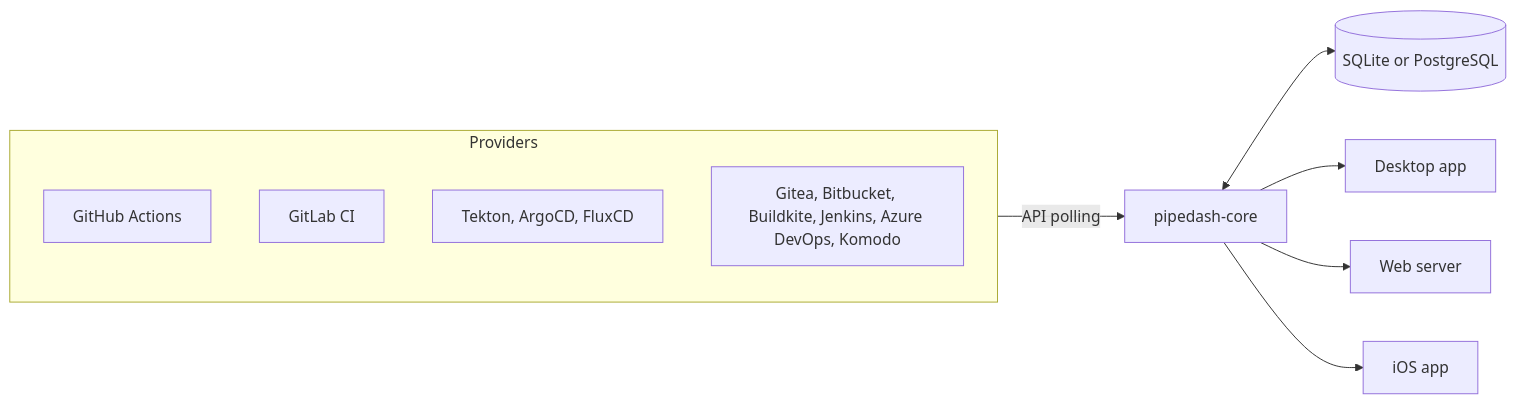
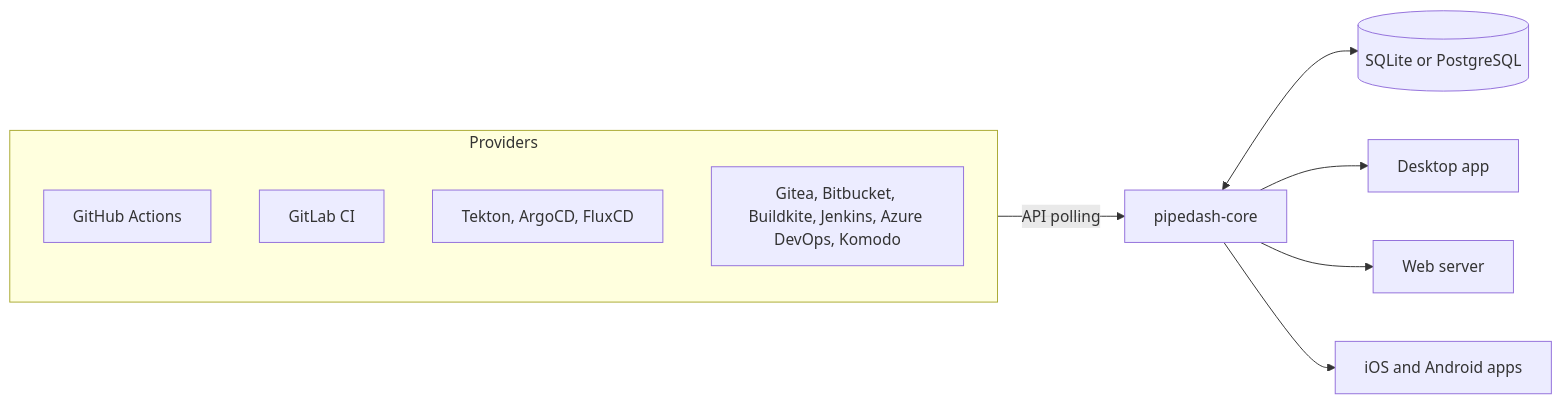
Before and after one commit to hcavarsan/pipedash: the diagram in README.md, drawn with Mermaid. The commit also changed other lines of this file, not shown here.

First line of the commit message:
docs(readme): match the ios badge to android and mention the android app

````diff
--- a/README.md
+++ b/README.md
@@ -87,14 +87,14 @@
 ```mermaid
 flowchart LR
   subgraph Providers
     GH[GitHub Actions]
     GL[GitLab CI]
     K8S[Tekton, ArgoCD, FluxCD]
     More[Gitea, Bitbucket, Buildkite, Jenkins, Azure DevOps, Komodo]
   end
   Providers -- API polling --> Core[pipedash-core]
   Core <--> DB[(SQLite or PostgreSQL)]
   Core --> Desktop[Desktop app]
   Core --> Web[Web server]
-  Core --> iOS[iOS app]
+  Core --> Mobile[iOS and Android apps]
 ```
````
